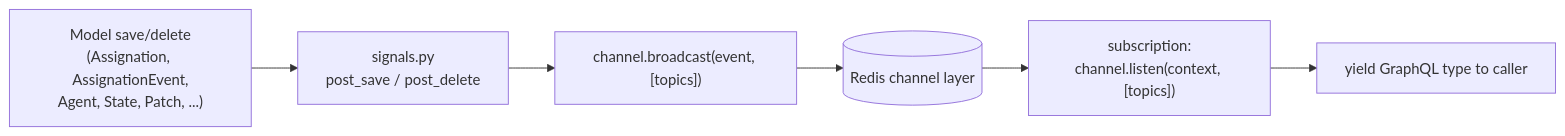
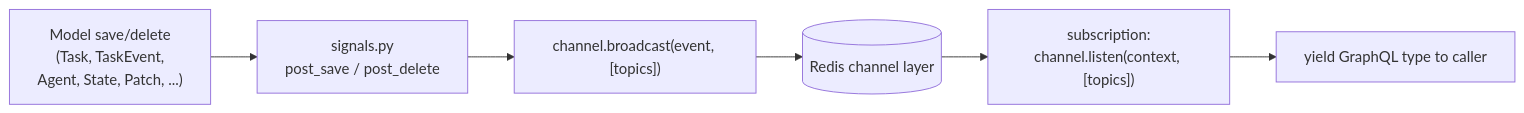
One commit to arkitektio/rekuest-server-next changed the diagram in docs/design/realtime.md. Above: the diagram before and after it, drawn with Mermaid. The commit also changed other lines of this file and 85 other files, not shown here.

````diff
--- a/docs/design/realtime.md
+++ b/docs/design/realtime.md
@@ -13,8 +13,8 @@
 ```mermaid
 flowchart LR
-    M["Model save/delete<br/>(Assignation, AssignationEvent,<br/>Agent, State, Patch, ...)"] --> S["signals.py<br/>post_save / post_delete"]
+    M["Model save/delete<br/>(Task, TaskEvent,<br/>Agent, State, Patch, ...)"] --> S["signals.py<br/>post_save / post_delete"]
     S --> B["channel.broadcast(event, [topics])"]
     B --> RD[("Redis channel layer")]
     RD --> L["subscription:<br/>channel.listen(context, [topics])"]
     L --> Y["yield GraphQL type to caller"]
 ```
````
